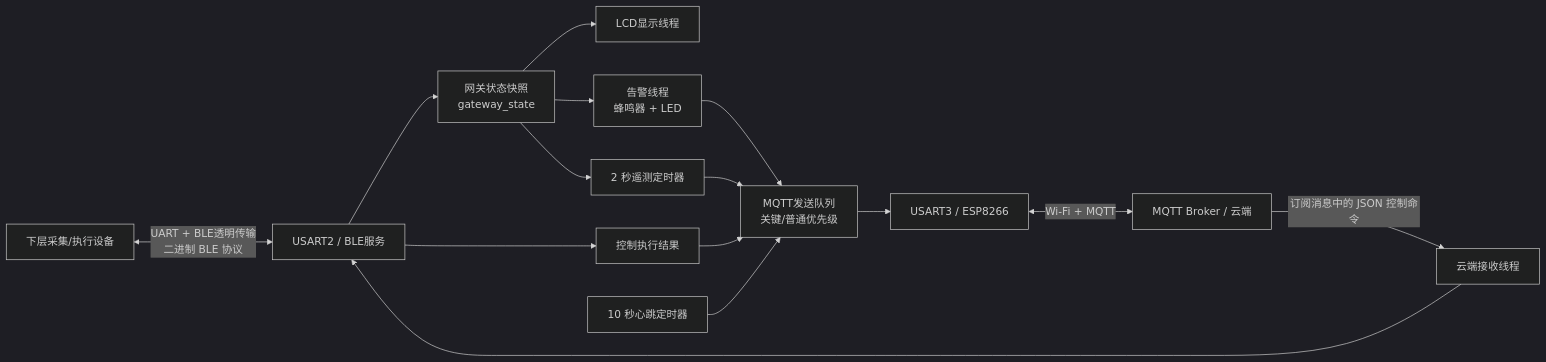
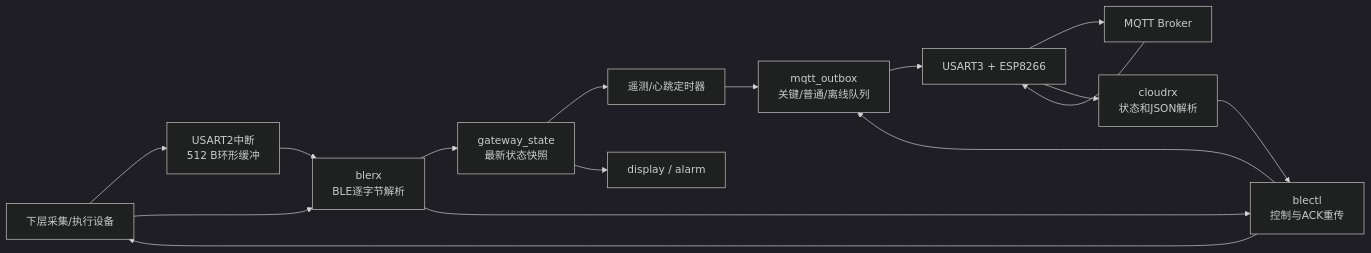
The third of 7 diagrams in 工程逻辑框架说明.md (liujiaxing05/fresh-logistics-gateway), drawn with Mermaid (dark theme) before and after one commit. The commit also changed other lines of this file and 3 other files, not shown here.

````diff
--- a/工程逻辑框架说明.md
+++ b/工程逻辑框架说明.md
@@ -32,17 +276,22 @@
 ```mermaid
 flowchart LR
-    Dev["下层采集/执行设备"] <-->|"UART + BLE透明传输\n二进制 BLE 协议"| BLE["USART2 / BLE服务"]
-    BLE --> State["网关状态快照\ngateway_state"]
-    State --> LCD["LCD显示线程"]
-    State --> Alarm["告警线程\n蜂鸣器 + LED"]
-    State --> Telemetry["2 秒遥测定时器"]
-    BLE --> Result["控制执行结果"]
-    Result --> Outbox["MQTT发送队列\n关键/普通优先级"]
-    Telemetry --> Outbox
-    Alarm --> Outbox
-    Heartbeat["10 秒心跳定时器"] --> Outbox
-    Outbox --> ESP["USART3 / ESP8266"]
-    ESP <-->|"Wi-Fi + MQTT"| Cloud["MQTT Broker / 云端"]
-    Cloud -->|"订阅消息中的 JSON 控制命令"| CloudRx["云端接收线程"]
-    CloudRx --> BLE
+    Device["下层采集/执行设备"]
+    BLEUART["USART2中断<br/>512 B环形缓冲"]
+    Parser["blerx<br/>BLE逐字节解析"]
+    State["gateway_state<br/>最新状态快照"]
+    Timers["遥测/心跳定时器"]
+    UI["display / alarm"]
+    Outbox["mqtt_outbox<br/>关键/普通/离线队列"]
+    ESP["USART3 + ESP8266"]
+    Cloud["MQTT Broker"]
+    CloudRx["cloudrx<br/>状态和JSON解析"]
+    Control["blectl<br/>控制与ACK重传"]
+
+    Device --> BLEUART --> Parser --> State
+    State --> Timers --> Outbox
+    State --> UI
+    Outbox --> ESP --> Cloud
+    Cloud --> ESP --> CloudRx --> Control --> Device
+    Device --> Parser --> Control
+    Control --> Outbox
 ```
````
